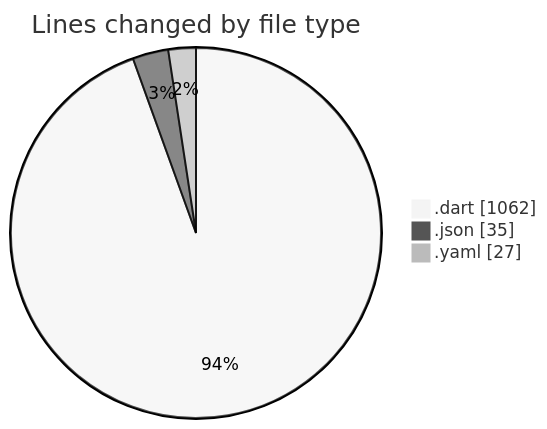
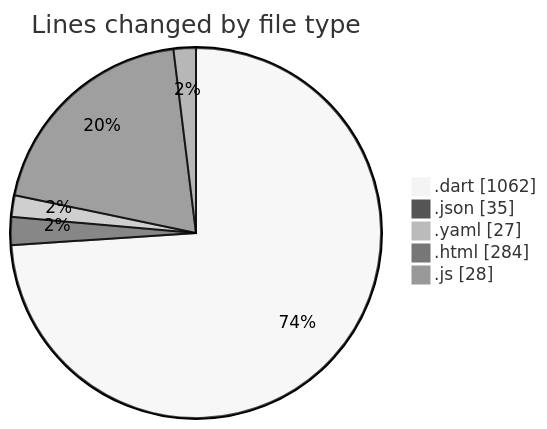
The first of 2 diagrams in 2025-09-08/quanlylink/README.md (lephambinh05/code-tracking), drawn with Mermaid (neutral theme) before and after one commit. The commit also changed other lines of this file and 1 other file, not shown here.

````diff
--- a/2025-09-08/quanlylink/README.md
+++ b/2025-09-08/quanlylink/README.md
@@ -26,7 +30,9 @@
 ```mermaid
 pie showData
 title Lines changed by file type
 ".dart" : 1062
 ".json" : 35
 ".yaml" : 27
+".html" : 284
+".js" : 28
 ```
````
